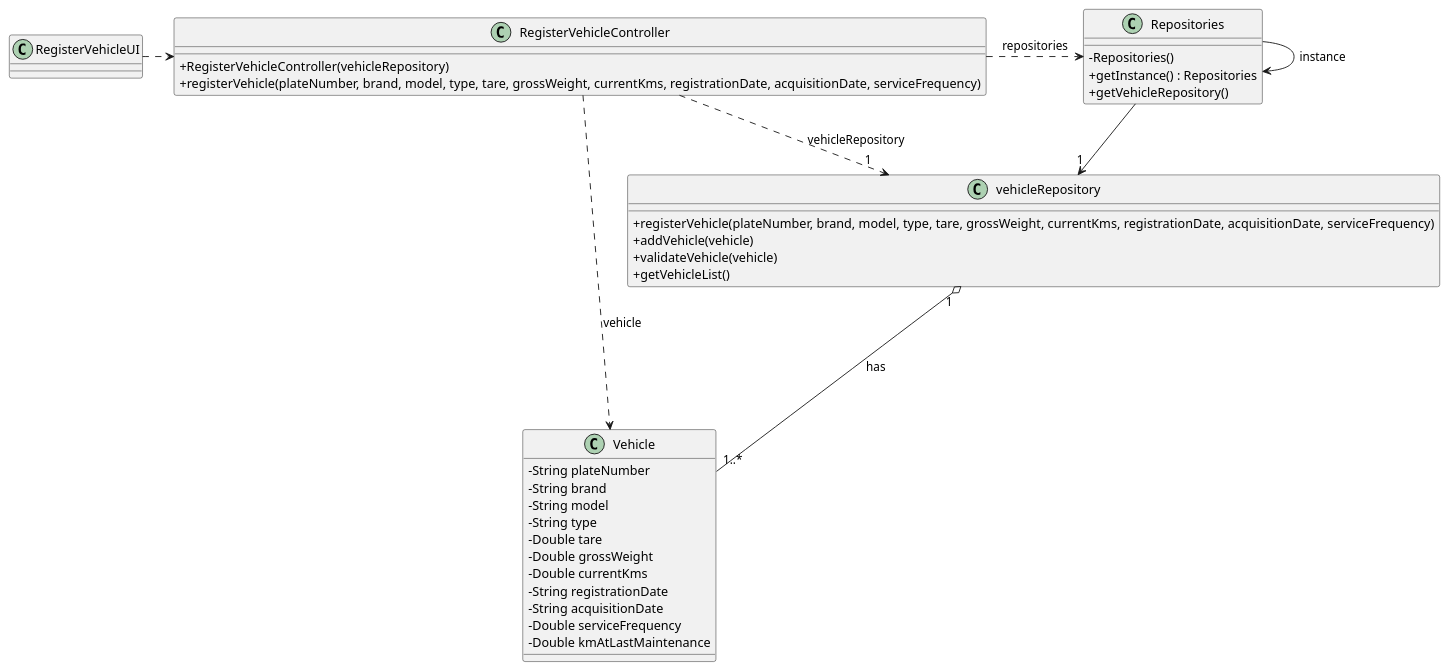
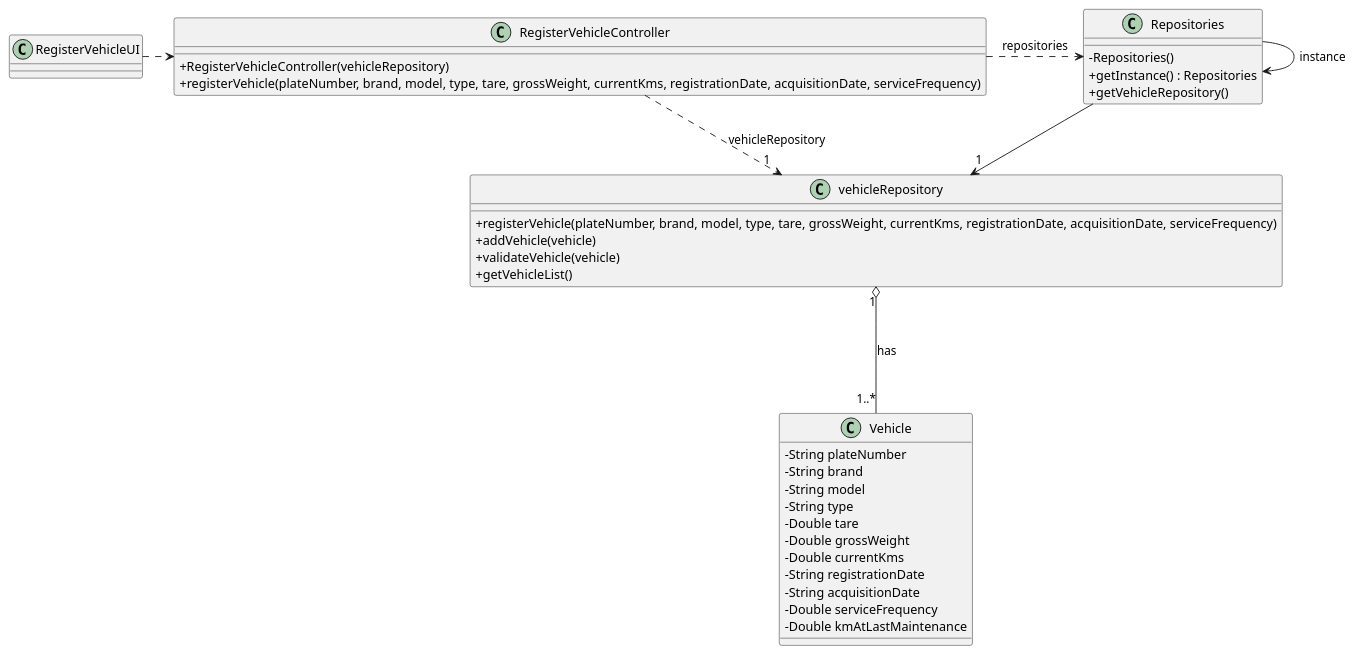
The diagram in docs/sprintC/us006/03.design/puml/us006-class-diagram.puml (diogoveirospro/lei-24-s2-1dg-g072), drawn with PlantUML before and after one commit. The commit also changed 4 other files, not shown here.

Commit message:
Corrections on US07 and US06 class diagram

```diff
--- a/docs/sprintC/us006/03.design/puml/us006-class-diagram.puml
+++ b/docs/sprintC/us006/03.design/puml/us006-class-diagram.puml
@@ -1,62 +1,61 @@
 @startuml
 'skinparam monochrome true
 skinparam packageStyle rectangle
 skinparam shadowing false
 skinparam linetype polyline
 'skinparam linetype orto
 
 skinparam classAttributeIconSize 0
 
 'left to right direction
 
 class Repositories {
     - Repositories()
     + getInstance() : Repositories
     + getVehicleRepository()
 }
 
 class RegisterVehicleController {
     + RegisterVehicleController(vehicleRepository)
     + registerVehicle(plateNumber, brand, model, type, tare, grossWeight, currentKms, registrationDate, acquisitionDate, serviceFrequency)
 }
 
 class vehicleRepository{
     + registerVehicle(plateNumber, brand, model, type, tare, grossWeight, currentKms, registrationDate, acquisitionDate, serviceFrequency)
     + addVehicle(vehicle)
     + validateVehicle(vehicle)
     + getVehicleList()
 }
 
 class RegisterVehicleUI {
 }
 
 class Vehicle{
     - String plateNumber
     - String brand
     - String model
     - String type
     - Double tare
     - Double grossWeight
     - Double currentKms
     - String registrationDate
     - String acquisitionDate
     - Double serviceFrequency
     - Double kmAtLastMaintenance
 
 }
 
 Repositories -> Repositories : instance
 
 RegisterVehicleUI .> RegisterVehicleController
 RegisterVehicleController .> "1" vehicleRepository : vehicleRepository
 
 
 Repositories --> "1" vehicleRepository
 
 RegisterVehicleController .> Repositories : repositories
 
 vehicleRepository "1" o--- "1..*"Vehicle : has
 
-RegisterVehicleController .> Vehicle : vehicle
 
 @enduml
```
